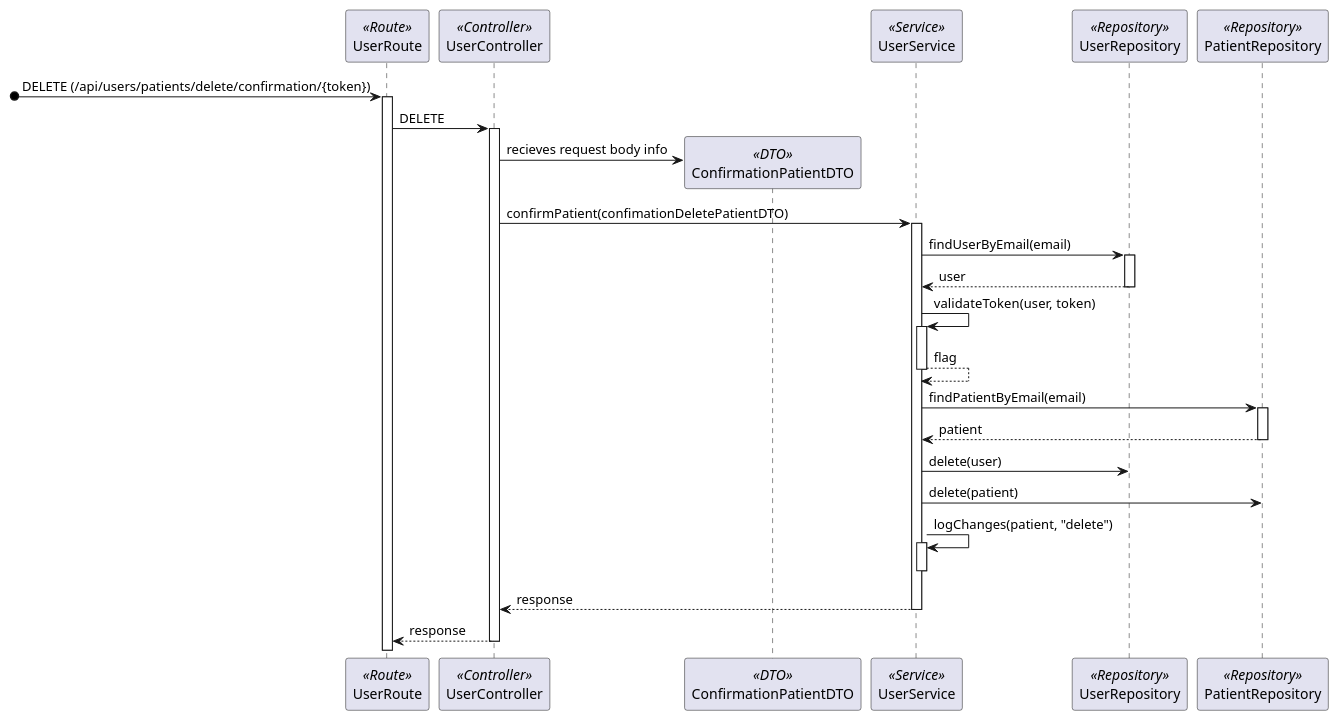
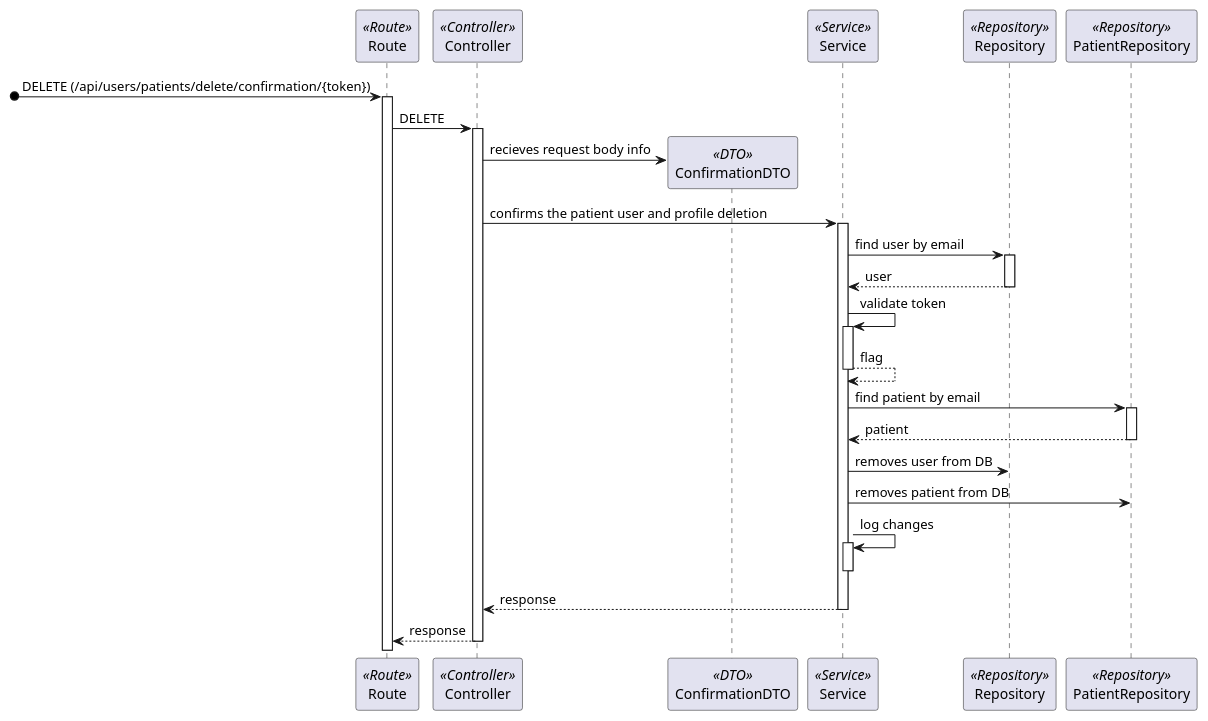
The diagram in docs/Sprint_1/US_5.1.5/L3/Process_View_Posterior_Confirmation.puml (Rodrick0209/ISEP-SEM5PI-24-25), drawn with PlantUML before and after one commit. The commit also changed 19 other files, not shown here.

Commit message:
All Designs From Patient and User modified from the level 3 view #4 #5 #6 #9 #10 #11 #12

```diff
--- a/docs/Sprint_1/US_5.1.5/L3/Process_View_Posterior_Confirmation.puml
+++ b/docs/Sprint_1/US_5.1.5/L3/Process_View_Posterior_Confirmation.puml
@@ -2,32 +2,32 @@
 @startuml Process_View_Posterior_Confirmation
-participant UserRoute as Route <<Route>>
-participant UserController as Controller <<Controller>>
-participant ConfirmationPatientDTO as ConfirmationDTO <<DTO>>
-participant UserService as Service <<Service>>
-participant UserRepository as Repository <<Repository>>
+participant Route as Route <<Route>>
+participant Controller as Controller <<Controller>>
+participant ConfirmationDTO as ConfirmationDTO <<DTO>>
+participant Service as Service <<Service>>
+participant Repository as Repository <<Repository>>
 participant PatientRepository as PatientRepository <<Repository>>
  
 [o-> Route : DELETE (/api/users/patients/delete/confirmation/{token})
 activate Route
 Route -> Controller : DELETE
 activate Controller
 Controller -> ConfirmationDTO** : recieves request body info
-Controller -> Service : confirmPatient(confimationDeletePatientDTO)
+Controller -> Service : confirms the patient user and profile deletion
 activate Service
-Service -> Repository : findUserByEmail(email)
+Service -> Repository : find user by email
 activate Repository
 return user
-Service -> Service : validateToken(user, token)
+Service -> Service : validate token
 activate Service
 return flag
-Service -> PatientRepository : findPatientByEmail(email)
+Service -> PatientRepository : find patient by email
 activate PatientRepository
 return patient
-Service -> Repository : delete(user)
-Service -> PatientRepository : delete(patient)
-Service -> Service: logChanges(patient, "delete")
+Service -> Repository : removes user from DB
+Service -> PatientRepository : removes patient from DB
+Service -> Service: log changes
 activate Service
 deactivate Service
 return response
 return response
 @enduml
```
